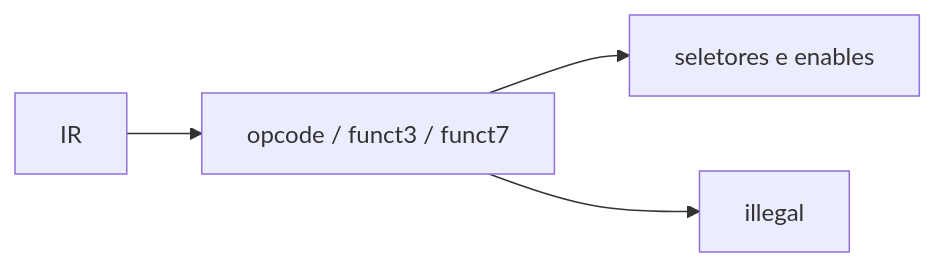
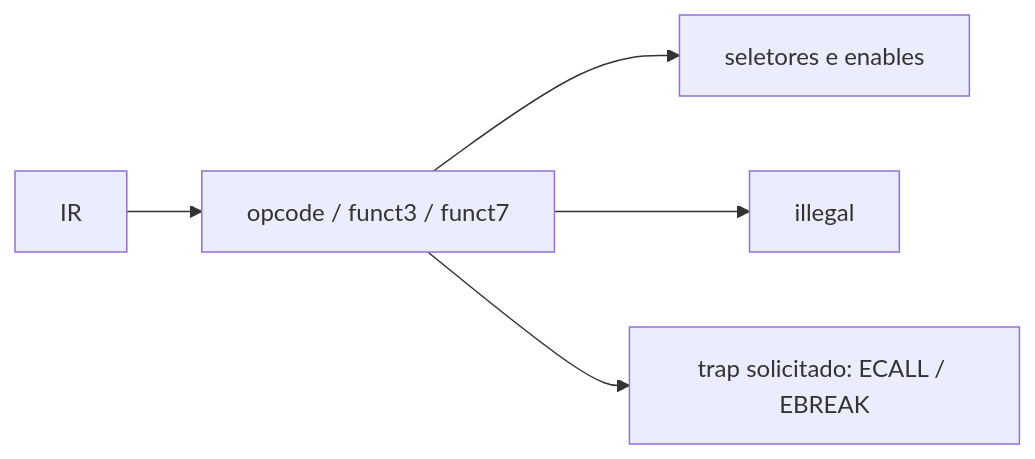
One commit to cmosuea-arch/RV32-multicycle changed the diagram in docs/modules/decoder.md. Above: the diagram before and after it, drawn with Mermaid. The commit also changed other lines of this file and 153 other files, not shown here.

````diff
--- a/docs/modules/decoder.md
+++ b/docs/modules/decoder.md
@@ -17,6 +20,7 @@
 ```mermaid
 flowchart LR
  IR --> F[opcode / funct3 / funct7]
  F --> CTRL[seletores e enables]
  F --> ILLEGAL[illegal]
+ F --> TRAP[trap solicitado: ECALL / EBREAK]
 ```
````
